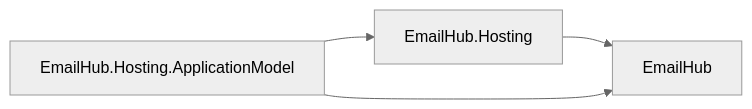
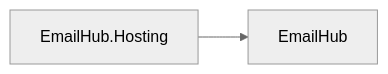
Before and after one commit to assimalign/cohesion: diagram 14 of 27 in docs/DEPENDENCIES.md, drawn with Mermaid (neutral theme). The commit also changed other lines of this file and 144 other files, not shown here.

First line of the commit message:
feat(fabric): add the fabric/ root with base application-model contracts

````diff
--- a/docs/DEPENDENCIES.md
+++ b/docs/DEPENDENCIES.md
@@ -692,9 +729,6 @@
 ```mermaid
 flowchart LR
     N0["EmailHub"]
     N1["EmailHub.Hosting"]
-    N2["EmailHub.Hosting.ApplicationModel"]
     N1 --> N0
-    N2 --> N0
-    N2 --> N1
 ```
````
